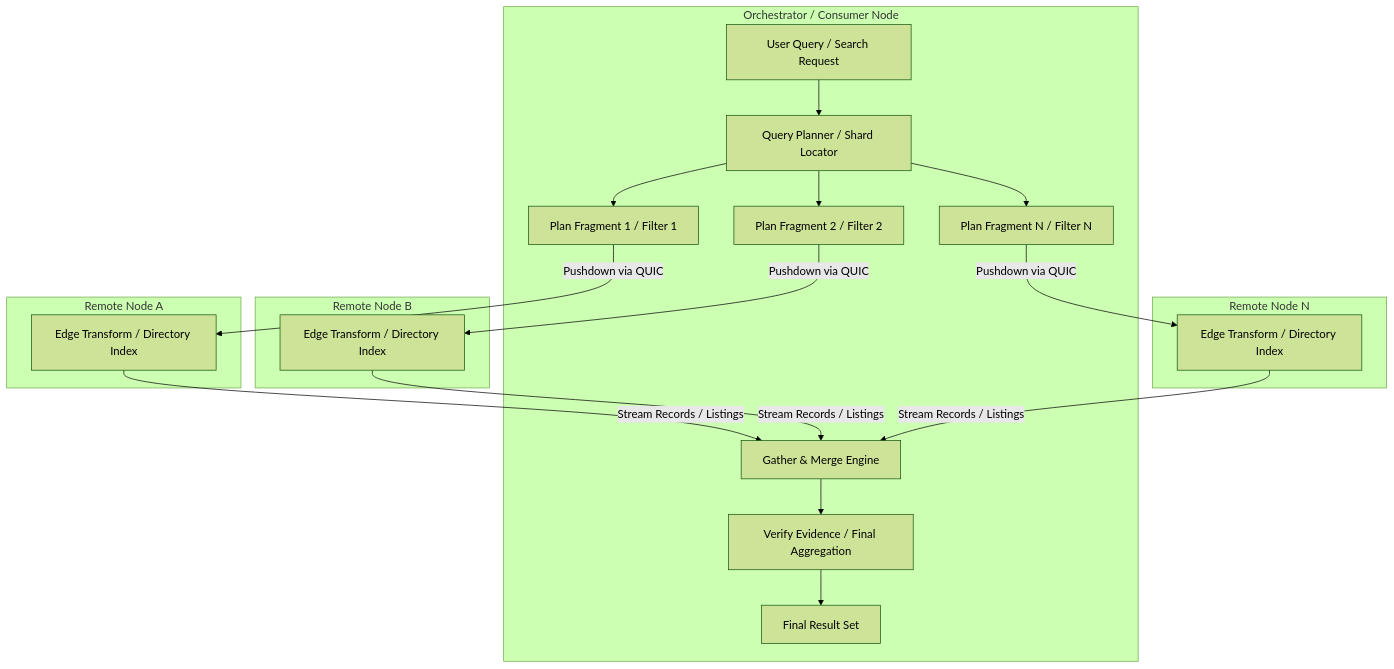
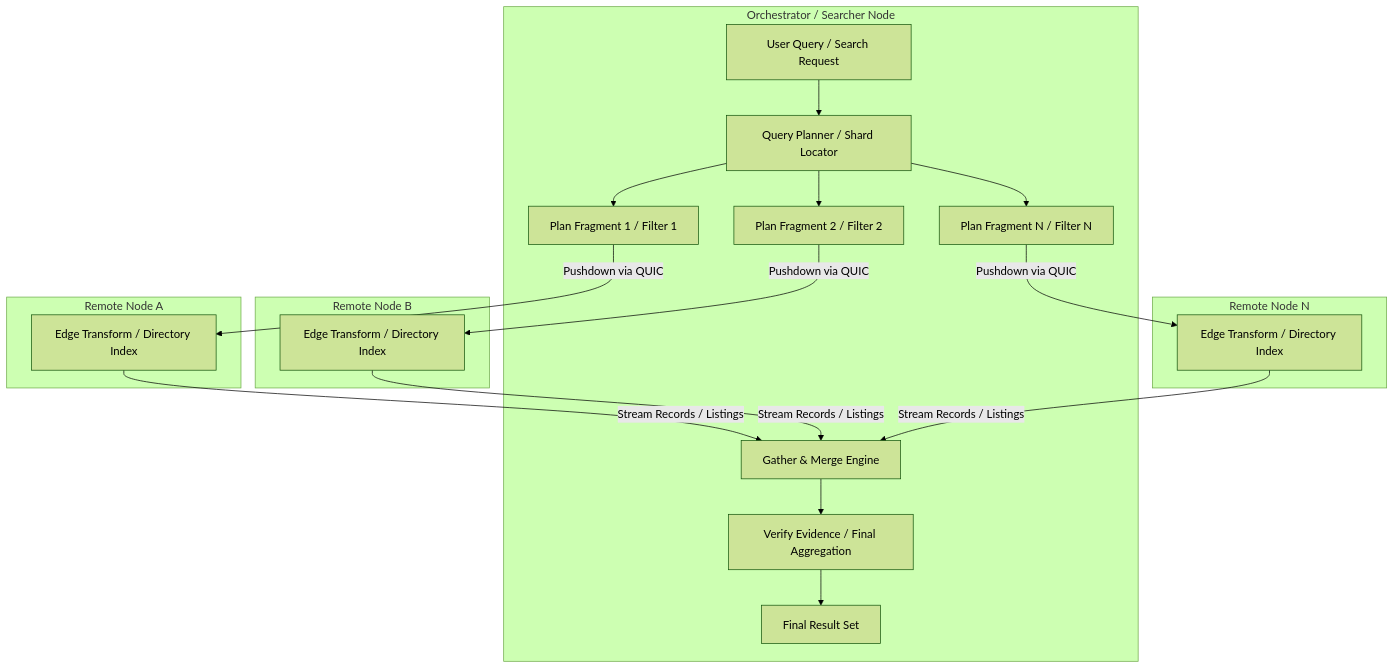
Before and after one commit to syneroym/syneroym: the first of 2 diagrams in docs/roym-integrated-experience-spec.md, drawn with Mermaid (forest theme). The commit also changed other lines of this file and 106 other files, not shown here.

````diff
--- a/docs/roym-integrated-experience-spec.md
+++ b/docs/roym-integrated-experience-spec.md
@@ -1015,27 +1019,27 @@
 ```mermaid
 flowchart TD
-    subgraph Orchestrator / Consumer Node
+    subgraph Orchestrator / Searcher Node
         Q[User Query / Search Request] --> P[Query Planner / Shard Locator]
         P --> S1[Plan Fragment 1 / Filter 1]
         P --> S2[Plan Fragment 2 / Filter 2]
         P --> SN[Plan Fragment N / Filter N]
         
         G[Gather & Merge Engine] --> V[Verify Evidence / Final Aggregation]
         V --> R[Final Result Set]
     end
 
     subgraph Remote Node A
         S1 -->|Pushdown via QUIC| E1[Edge Transform / Directory Index]
         E1 -->|Stream Records / Listings| G
     end
 
     subgraph Remote Node B
         S2 -->|Pushdown via QUIC| E2[Edge Transform / Directory Index]
         E2 -->|Stream Records / Listings| G
     end
 
     subgraph Remote Node N
         SN -->|Pushdown via QUIC| EN[Edge Transform / Directory Index]
         EN -->|Stream Records / Listings| G
     end
 ```
````
